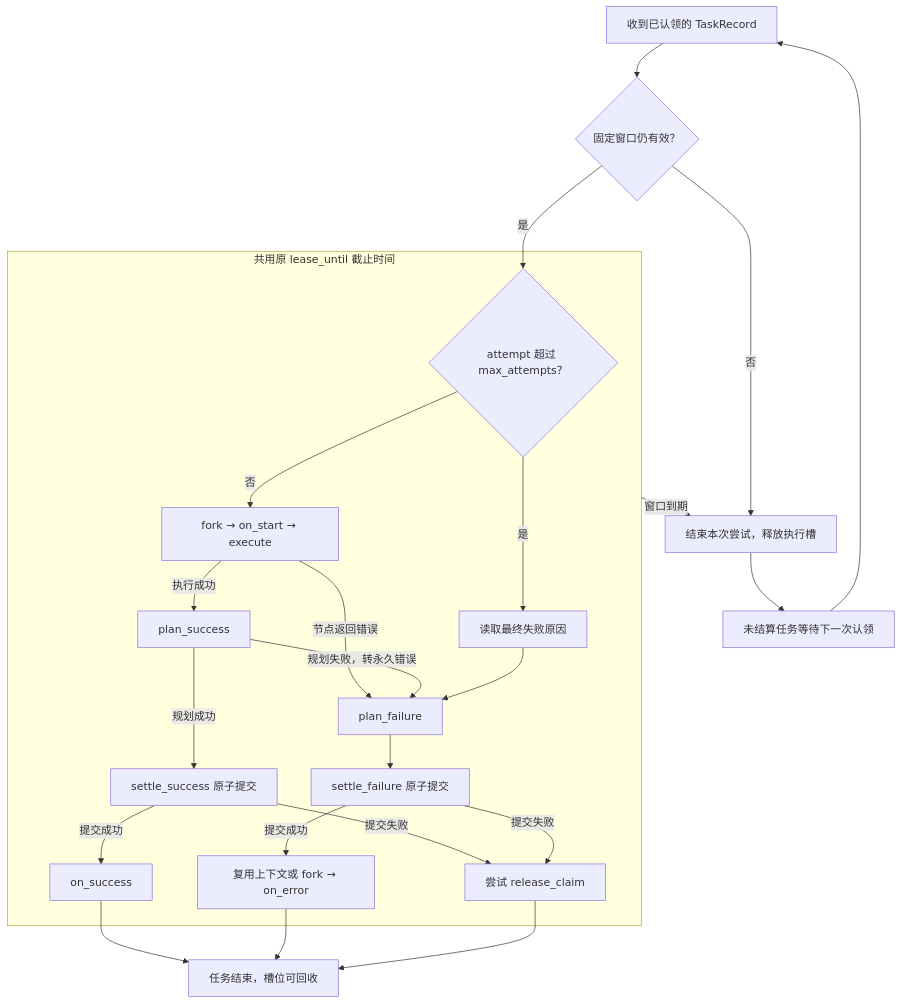
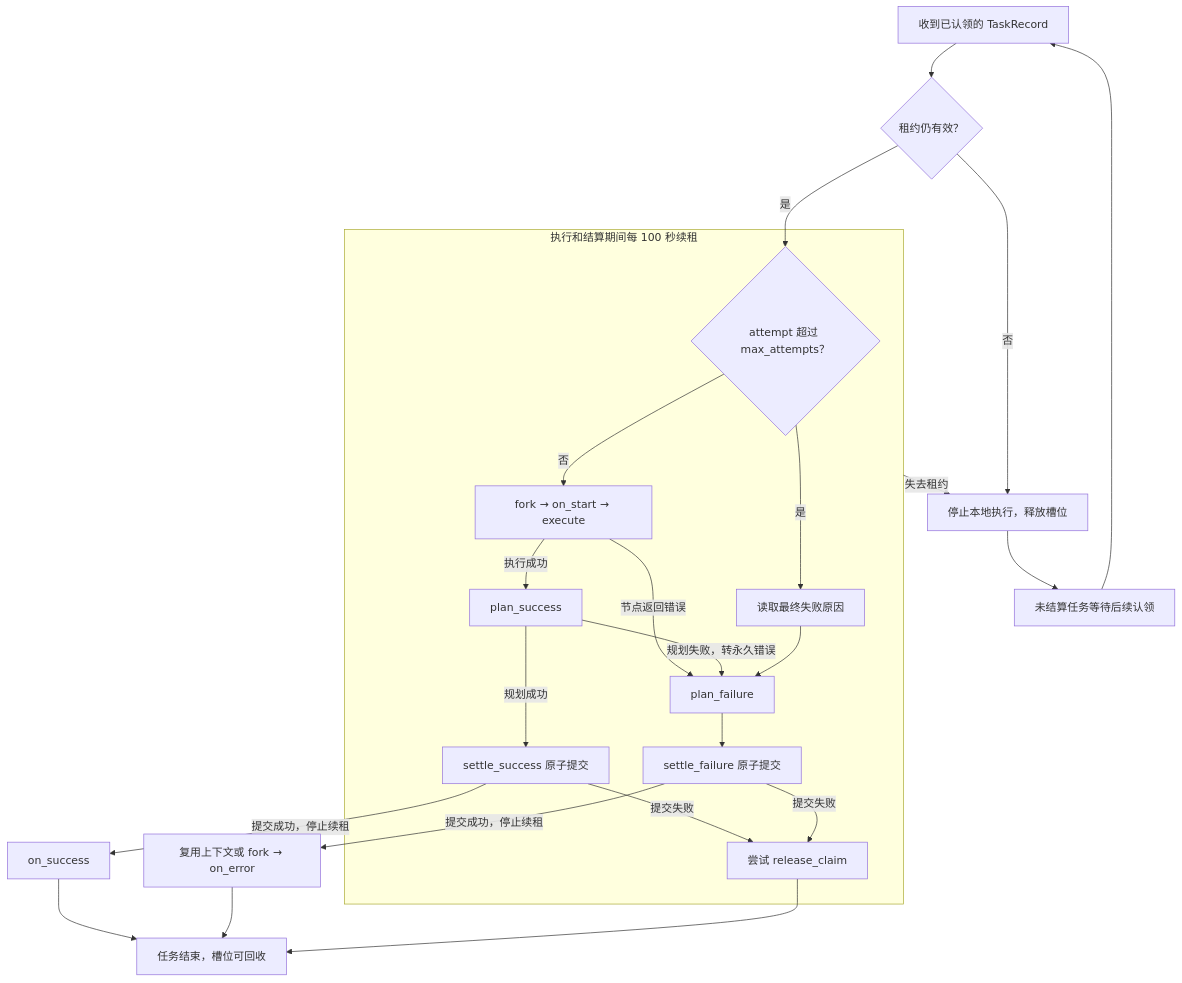
The second of 2 diagrams in docs/scheduler-design.md (lzcers/workflow-engine), drawn with Mermaid before and after one commit. The commit also changed other lines of this file and 30 other files, not shown here.

````diff
--- a/docs/scheduler-design.md
+++ b/docs/scheduler-design.md
@@ -127,28 +131,27 @@
 ```mermaid
 flowchart TD
-    Claim["收到已认领的 TaskRecord"] --> Deadline{"固定窗口仍有效？"}
-    Deadline -- 否 --> Expired["结束本次尝试，释放执行槽"]
-    Deadline -- 是 --> Budget
-    subgraph Window["共用原 lease_until 截止时间"]
+    Claim["收到已认领的 TaskRecord"] --> Valid{"租约仍有效？"}
+    Valid -- 否 --> Stop["停止本地执行，释放槽位"]
+    Valid -- 是 --> Budget
+    subgraph Leased["执行和结算期间每 100 秒续租"]
         Budget{"attempt 超过 max_attempts？"}
-        Budget -- 否 --> Execute
-        Execute["fork → on_start → execute"]
+        Budget -- 否 --> Execute["fork → on_start → execute"]
         Execute -- "执行成功" --> PlanSuccess["plan_success"]
         Execute -- "节点返回错误" --> PlanFailure["plan_failure"]
         PlanSuccess -- "规划失败，转永久错误" --> PlanFailure
         Budget -- 是 --> Recover["读取最终失败原因"]
         Recover --> PlanFailure
         PlanSuccess -- "规划成功" --> Success["settle_success 原子提交"]
         PlanFailure --> Failure["settle_failure 原子提交"]
-        Success -- "提交成功" --> Callback["on_success"]
-        Failure -- "提交成功" --> ErrorCallback["复用上下文或 fork → on_error"]
         Success -- "提交失败" --> Release["尝试 release_claim"]
         Failure -- "提交失败" --> Release
     end
+    Success -- "提交成功，停止续租" --> Callback["on_success"]
+    Failure -- "提交成功，停止续租" --> ErrorCallback["复用上下文或 fork → on_error"]
     Callback --> Done["任务结束，槽位可回收"]
     ErrorCallback --> Done
     Release --> Done
-    Window -- "窗口到期" --> Expired
-    Expired --> Reclaim["未结算任务等待下一次认领"]
+    Leased -- "失去租约" --> Stop
+    Stop --> Reclaim["未结算任务等待后续认领"]
     Reclaim --> Claim
 ```
````
